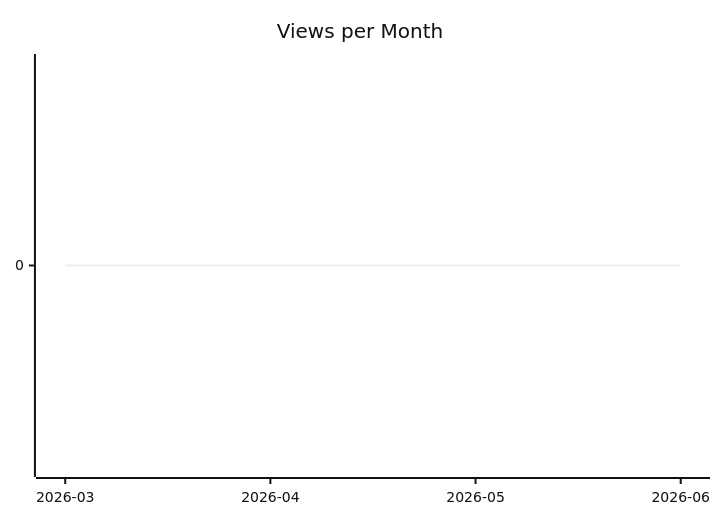
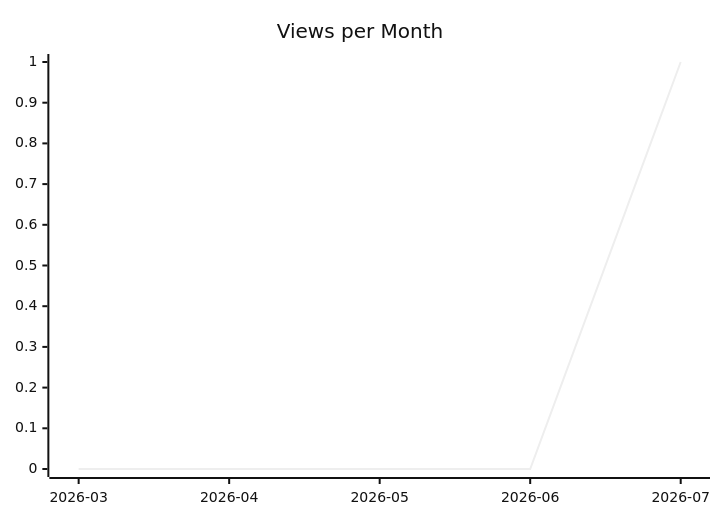
The second of 3 diagrams in karlmdavis/bbonfhir-dev-infra-docker/README.md (justdavis-family/github-analytics-data), drawn with Mermaid (neutral theme) before and after one commit. The commit also changed other lines of this file and 199 other files, not shown here.

````diff
--- a/karlmdavis/bbonfhir-dev-infra-docker/README.md
+++ b/karlmdavis/bbonfhir-dev-infra-docker/README.md
@@ -12,6 +12,6 @@
 ```mermaid
 xychart-beta
   title "Views per Month"
-  x-axis ["2026-03", "2026-04", "2026-05", "2026-06"]
-  line [0, 0, 0, 0]
+  x-axis ["2026-03", "2026-04", "2026-05", "2026-06", "2026-07"]
+  line [0, 0, 0, 0, 1]
 ```
````
